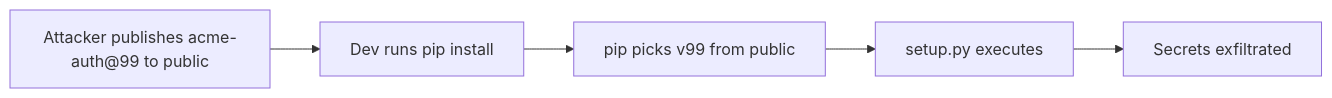
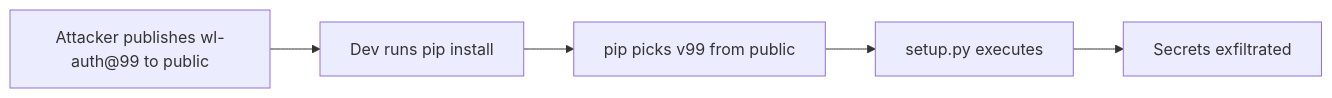
One commit to beyildirim/weaklink-labs changed the diagram in guide/docs/labs/tier-1/1.2-dependency-confusion.md. Above: the diagram before and after it, drawn with Mermaid. The commit also changed other lines of this file and 125 other files, not shown here.

````diff
--- a/guide/docs/labs/tier-1/1.2-dependency-confusion.md
+++ b/guide/docs/labs/tier-1/1.2-dependency-confusion.md
@@ -15,7 +15,7 @@
 ```mermaid
 graph LR
-    A[Attacker publishes acme-auth@99 to public] --> B[Dev runs pip install]
+    A[Attacker publishes wl-auth@99 to public] --> B[Dev runs pip install]
     B --> C[pip picks v99 from public]
     C --> D[setup.py executes]
     D --> E[Secrets exfiltrated]
 ```
````
